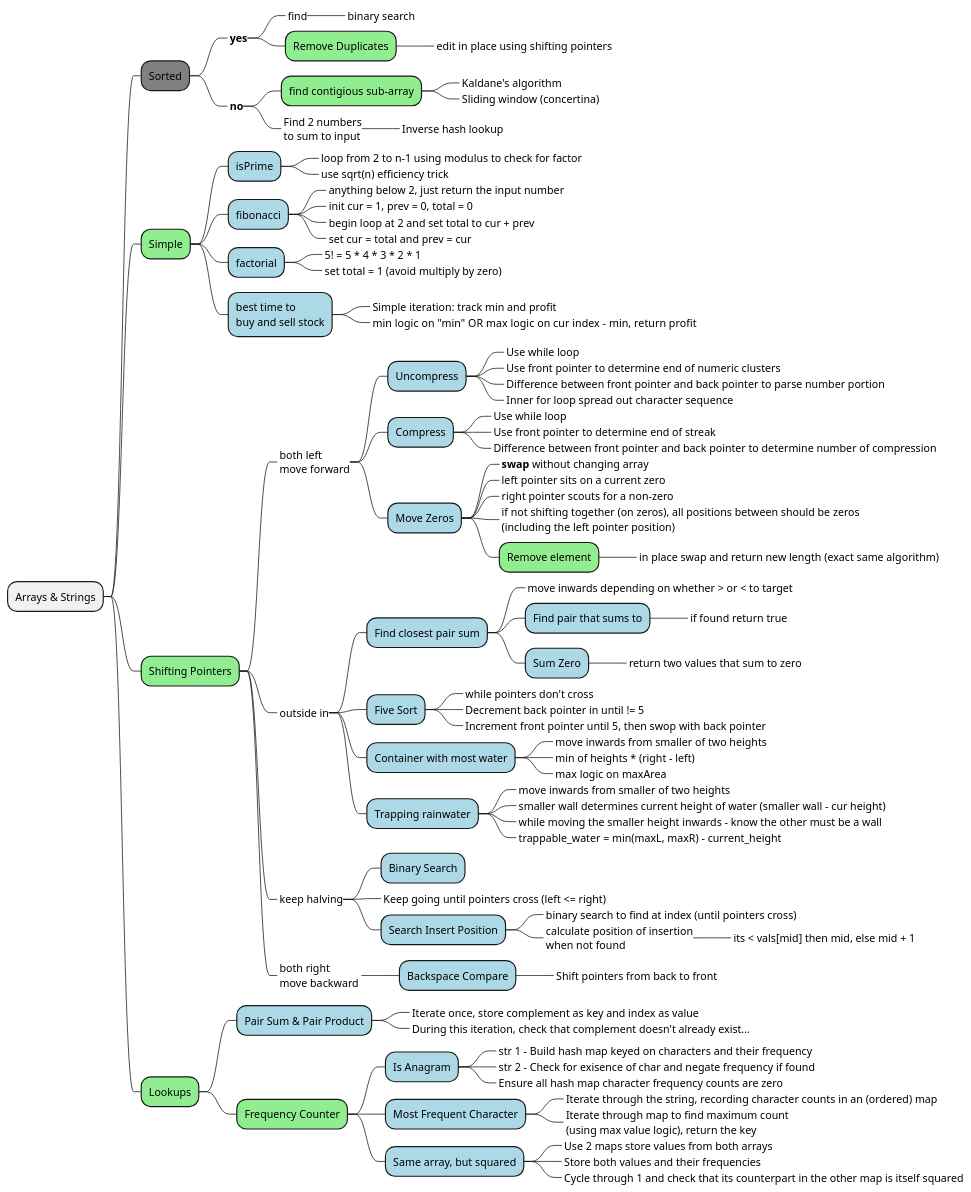
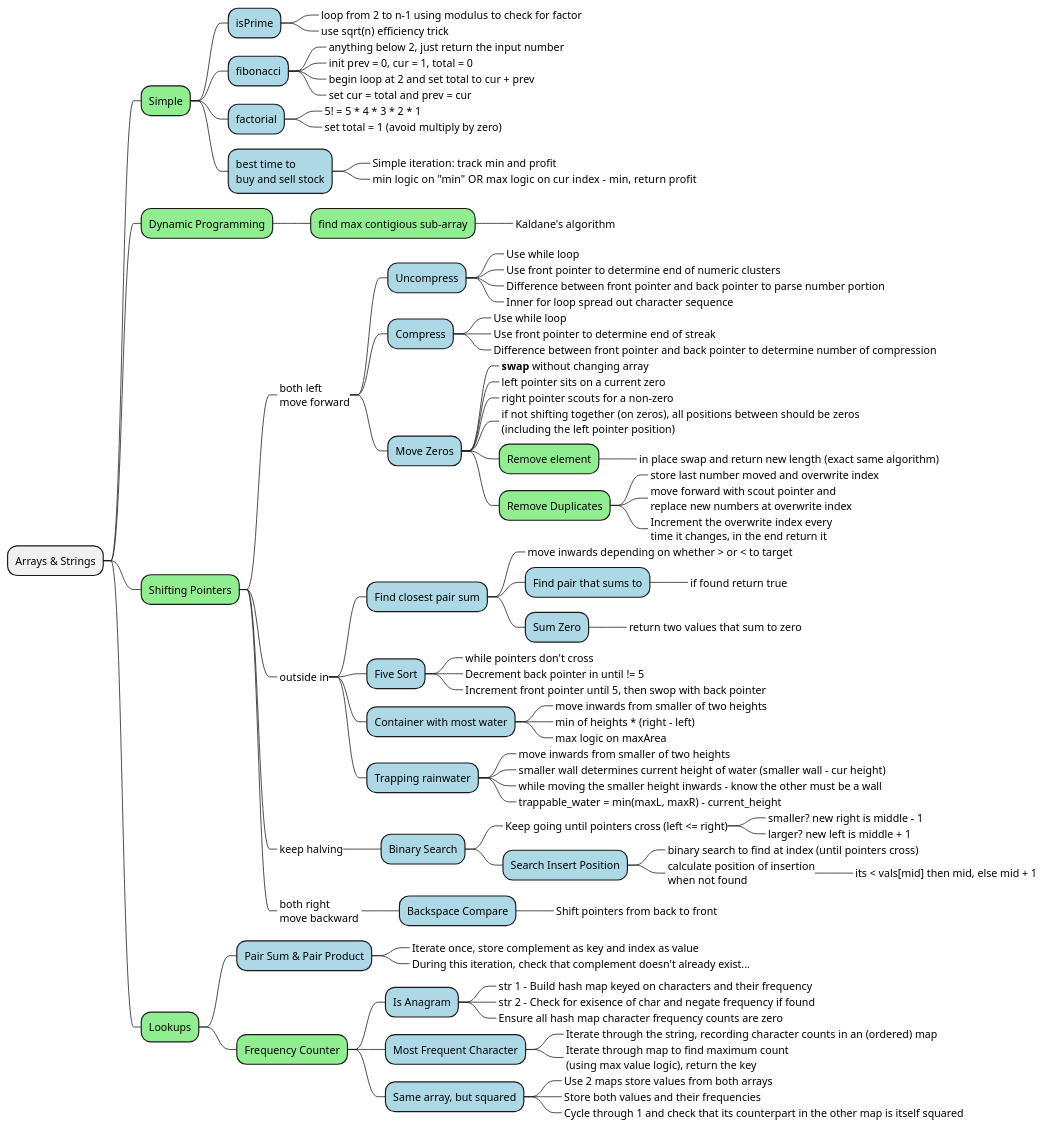
One commit to bobbyache/study-diagrams changed the diagram in alvin/arrays-and-strings.plantuml. Above: the diagram before and after it, drawn with PlantUML.

Commit message:
restructure

```diff
--- a/alvin/arrays-and-strings.plantuml
+++ b/alvin/arrays-and-strings.plantuml
@@ -1,106 +1,103 @@
 @startmindmap "Arrays and Strings"
 
 + Arrays & Strings
-++[#grey] Sorted
-+++_ **yes**
-++++_ find
-+++++_ binary search
-++++[#lightgreen] Remove Duplicates
-+++++_ edit in place using shifting pointers
-+++_ **no**
-++++[#lightgreen] find contigious sub-array
-+++++_ Kaldane's algorithm
-+++++_ Sliding window (concertina)
-++++_ Find 2 numbers\nto sum to input
-+++++_ Inverse hash lookup
 ++[#lightgreen] Simple
 +++[#lightblue] isPrime
 ++++_ loop from 2 to n-1 using modulus to check for factor
 ++++_ use sqrt(n) efficiency trick
 +++[#lightblue] fibonacci
 ++++_ anything below 2, just return the input number
-++++_ init cur = 1, prev = 0, total = 0
+++++_ init prev = 0, cur = 1, total = 0
 ++++_ begin loop at 2 and set total to cur + prev
 ++++_ set cur = total and prev = cur
 +++[#lightblue] factorial
 ++++_ 5! = 5 * 4 * 3 * 2 * 1
 ++++_ set total = 1 (avoid multiply by zero)
 +++[#lightblue] best time to\nbuy and sell stock
 ++++_ Simple iteration: track min and profit
 ++++_ min logic on "min" OR  max logic on cur index - min, return profit
+
+++[#lightgreen] Dynamic Programming
++++[#lightgreen] find max contigious sub-array
+++++_ Kaldane's algorithm
 
 ++[#lightgreen] Shifting Pointers
 +++_ both left\nmove forward
 ++++[#lightblue] Uncompress
 +++++_ Use while loop
 +++++_ Use front pointer to determine end of numeric clusters
 +++++_ Difference between front pointer and back pointer to parse number portion
 +++++_ Inner for loop spread out character sequence
 ++++[#lightblue] Compress
 +++++_ Use while loop
 +++++_ Use front pointer to determine end of streak
 +++++_ Difference between front pointer and back pointer to determine number of compression
 ++++[#lightblue] Move Zeros
 +++++_ **swap** without changing array
 +++++_ left pointer sits on a current zero
 +++++_ right pointer scouts for a non-zero
 +++++_ if not shifting together (on zeros), all positions between should be zeros\n(including the left pointer position)
 +++++[#lightgreen] Remove element
 ++++++_ in place swap and return new length (exact same algorithm)
-
++++++[#lightgreen] Remove Duplicates
+++++++_ store last number moved and overwrite index
+++++++_ move forward with scout pointer and\nreplace new numbers at overwrite index
+++++++_ Increment the overwrite index every\ntime it changes, in the end return it
 
 +++_ outside in
 ++++[#lightblue] Find closest pair sum
 +++++_ move inwards depending on whether > or < to target
 +++++[#lightblue] Find pair that sums to
 ++++++_ if found return true
 +++++[#lightblue] Sum Zero
 ++++++_ return two values that sum to zero
 ++++[#lightblue] Five Sort
 +++++_ while pointers don't cross
 +++++_ Decrement back pointer in until != 5
 +++++_ Increment front pointer until 5, then swop with back pointer
 ++++[#lightblue] Container with most water
 +++++_ move inwards from smaller of two heights
 +++++_ min of heights * (right - left)
 +++++_ max logic on maxArea
 
 ' Busy editing this in place...
 
 ++++[#lightblue] Trapping rainwater
 +++++_ move inwards from smaller of two heights
 +++++_ smaller wall determines current height of water (smaller wall - cur height)
 +++++_ while moving the smaller height inwards - know the other must be a wall
 +++++_ trappable_water = min(maxL, maxR) - current_height
 
 +++_ keep halving
 ++++[#lightblue] Binary Search
-++++_ Keep going until pointers cross (left <= right)
-++++[#lightblue] Search Insert Position
-+++++_ binary search to find at index (until pointers cross)
-+++++_ calculate position of insertion\nwhen not found
-++++++_ its < vals[mid] then mid, else mid + 1
++++++_ Keep going until pointers cross (left <= right)
+++++++_ smaller? new right is middle - 1
+++++++_ larger? new left is middle + 1
++++++[#lightblue] Search Insert Position
+++++++_ binary search to find at index (until pointers cross)
+++++++_ calculate position of insertion\nwhen not found
++++++++_ its < vals[mid] then mid, else mid + 1
 
 +++_ both right\nmove backward 
 ++++[#lightblue] Backspace Compare
 +++++_ Shift pointers from back to front
 
 ++[#lightgreen] Lookups
 +++[#lightblue] Pair Sum & Pair Product
 ++++_ Iterate once, store complement as key and index as value
 ++++_ During this iteration, check that complement doesn't already exist...
 
 +++[#lightgreen] Frequency Counter
 ++++[#lightblue] Is Anagram
 +++++_ str 1 - Build hash map keyed on characters and their frequency
 +++++_ str 2 - Check for exisence of char and negate frequency if found
 +++++_ Ensure all hash map character frequency counts are zero
 ++++[#lightblue] Most Frequent Character
 +++++_ Iterate through the string, recording character counts in an (ordered) map
 +++++_ Iterate through map to find maximum count\n(using max value logic), return the key
 ++++[#lightblue] Same array, but squared
 +++++_ Use 2 maps store values from both arrays
 +++++_ Store both values and their frequencies
 +++++_ Cycle through 1 and check that its counterpart in the other map is itself squared
 
 @endmindmap
```
